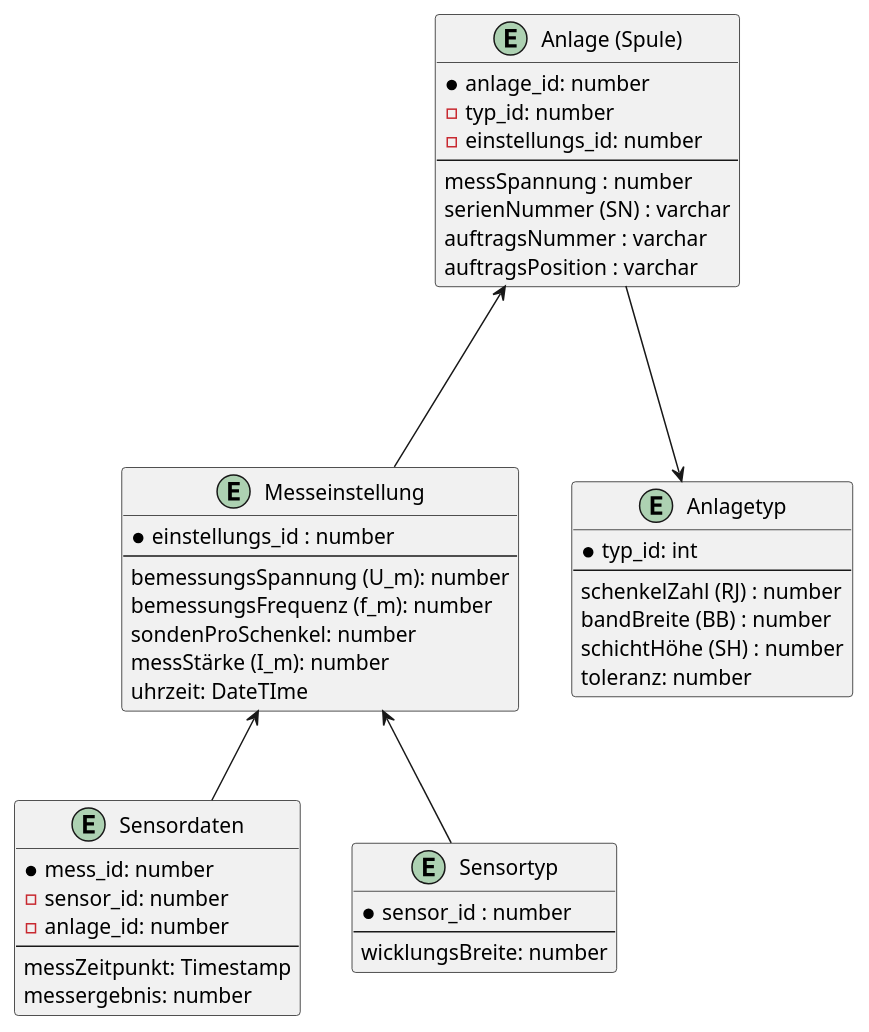
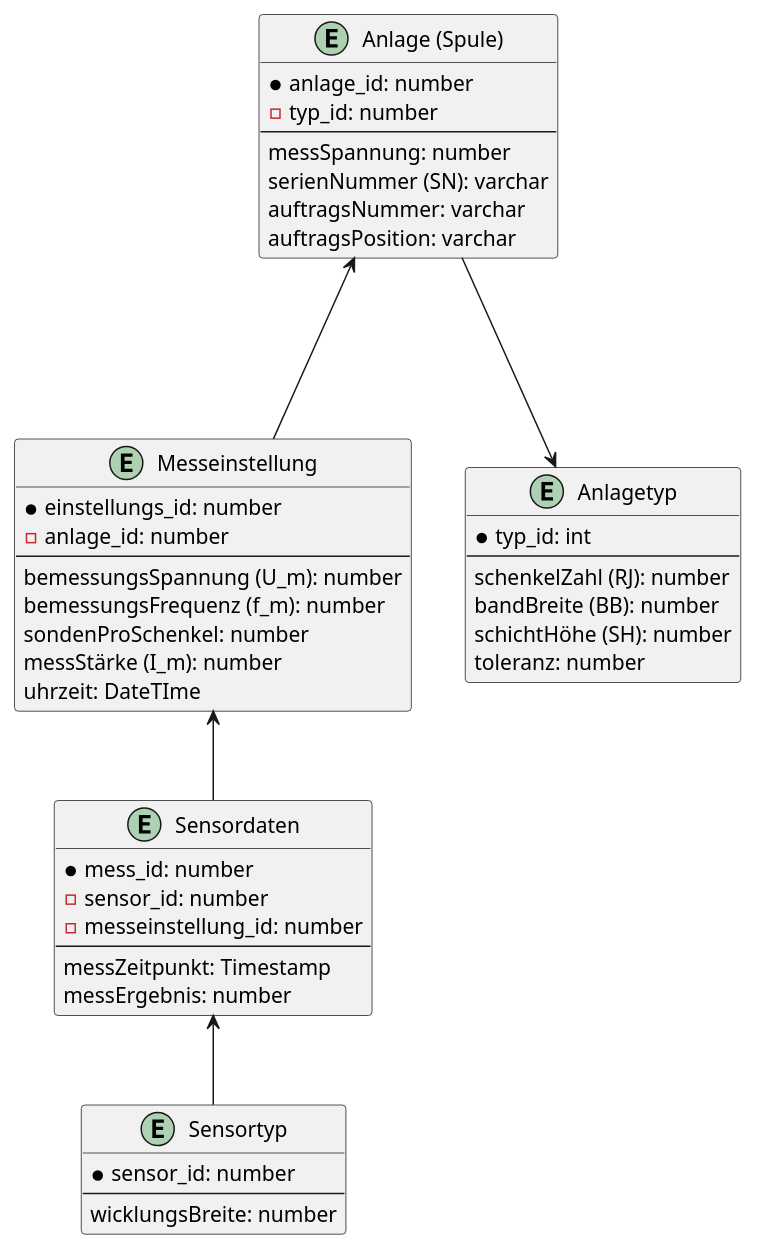
Before and after one commit to 2425-4chif-syp/01-projekte-2025-4chif-syp-trench: the first of 2 diagrams in asciidocs/slides/project-presentation.adoc, drawn with PlantUML. The commit also changed other lines of this file and 1 other file, not shown here.

Commit message:
docs: fixed error in erd #trench-10 To Verify

```diff
--- a/asciidocs/slides/project-presentation.adoc
+++ b/asciidocs/slides/project-presentation.adoc
@@ -50,56 +52,56 @@
-[plantuml]
+[plantuml, format="svg"]
 ----
 @startuml
 
 entity "Sensordaten" as Sensordaten {
     *mess_id: number
     -sensor_id: number
-    -anlage_id: number
+    -messeinstellung_id: number
     --
     messZeitpunkt: Timestamp
-    messergebnis: number
+    messErgebnis: number
 }
 
 entity "Sensortyp" as Sensortyp {
-    *sensor_id : number
+    *sensor_id: number
     --
     wicklungsBreite: number
 }
 
 entity "Messeinstellung" as Messeinstellung {
-    *einstellungs_id : number
+    *einstellungs_id: number
+    -anlage_id: number
     --
     bemessungsSpannung (U_m): number
     bemessungsFrequenz (f_m): number
     sondenProSchenkel: number
     messStärke (I_m): number
     uhrzeit: DateTIme
 }
 
 entity "Anlage (Spule)" as Anlage {
     *anlage_id: number
     -typ_id: number
-    -einstellungs_id: number
     --
-    messSpannung : number
-    serienNummer (SN) : varchar
-    auftragsNummer : varchar
-    auftragsPosition : varchar
+    messSpannung: number
+    serienNummer (SN): varchar
+    auftragsNummer: varchar
+    auftragsPosition: varchar
 }
 
 entity "Anlagetyp" as Anlagetyp {
     *typ_id: int
     --
-    schenkelZahl (RJ) : number
-    bandBreite (BB) : number
-    schichtHöhe (SH) : number
+    schenkelZahl (RJ): number
+    bandBreite (BB): number
+    schichtHöhe (SH): number
     toleranz: number
 }
 
 
 Messeinstellung <-- Sensordaten 
-Messeinstellung <-- Sensortyp
+Sensordaten <-- Sensortyp
 Anlage <--- Messeinstellung
 Anlage ---> Anlagetyp
 @enduml
 ----
```
